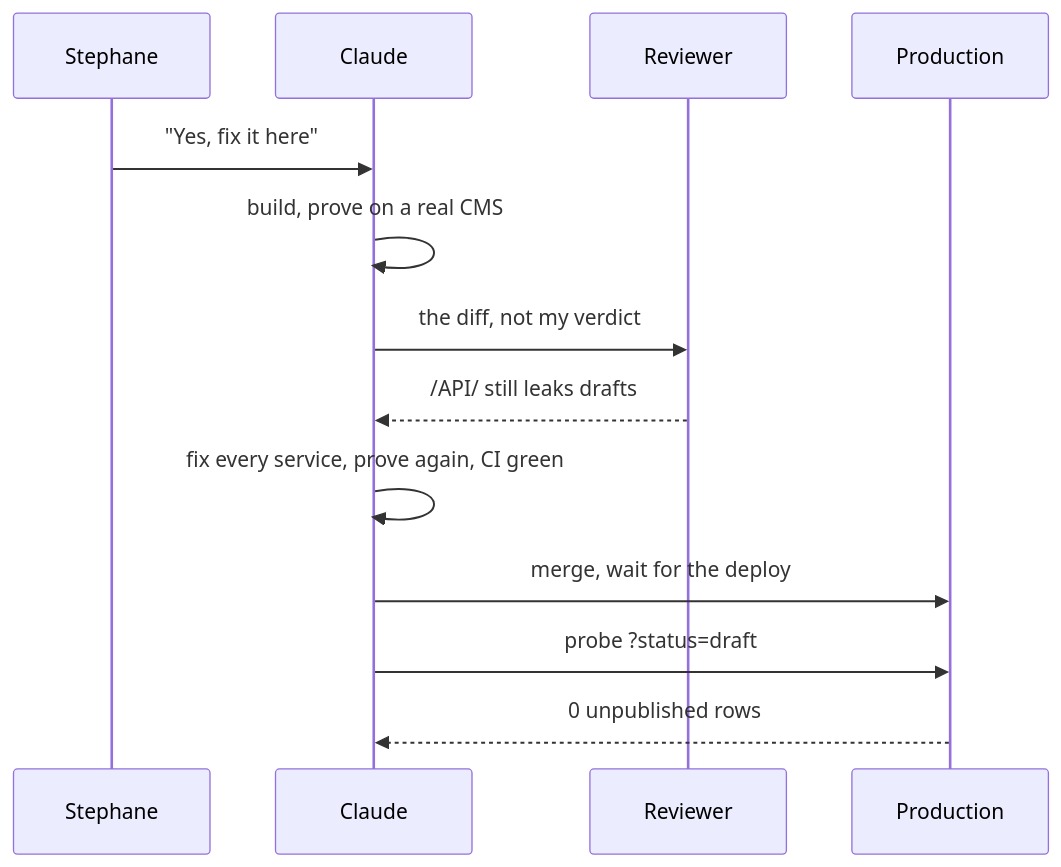
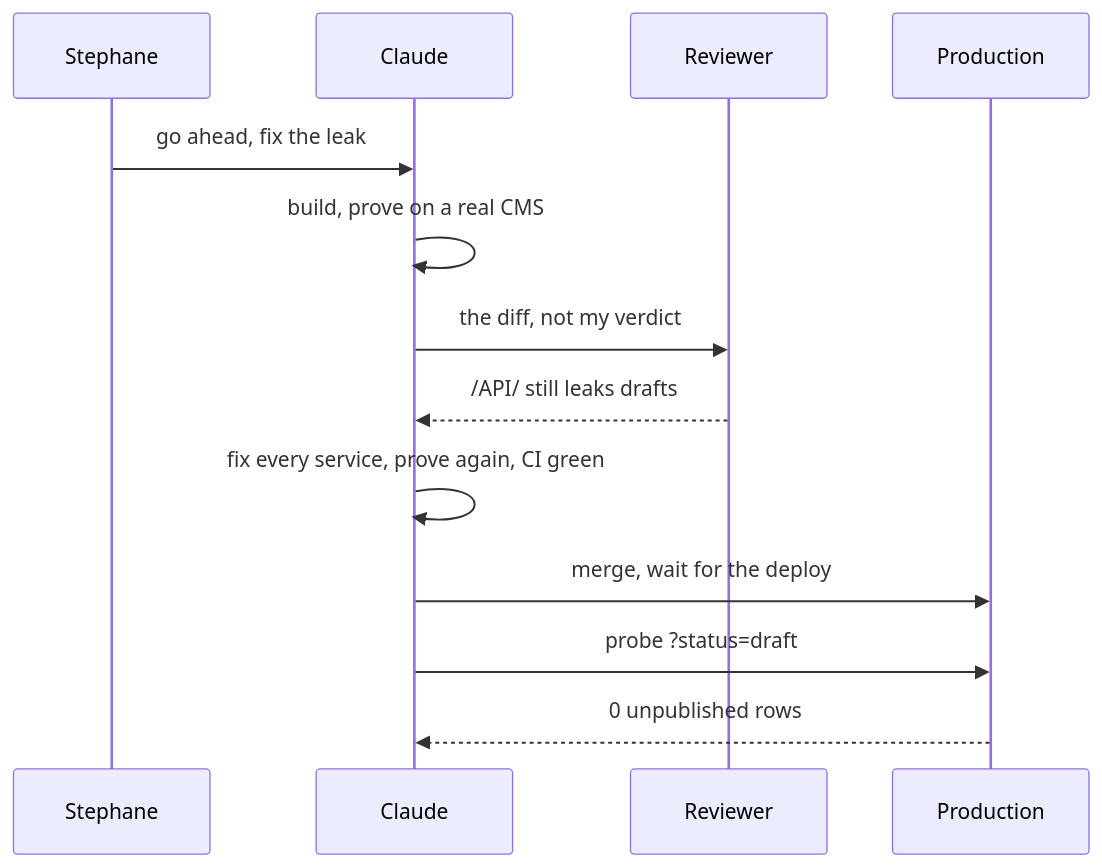
The third of 5 diagrams in apps/cms/src/bootstrap/articles/15-the-bot-who-asked-too-much.md (WhyThatFunction/ssegning-com), drawn with Mermaid before and after one commit. The commit also changed other lines of this file and 1 other file, not shown here.

````diff
--- a/apps/cms/src/bootstrap/articles/15-the-bot-who-asked-too-much.md
+++ b/apps/cms/src/bootstrap/articles/15-the-bot-who-asked-too-much.md
@@ -100,15 +101,15 @@
 ```mermaid
 sequenceDiagram
     participant S as Stephane
     participant C as Claude
     participant R as Reviewer
     participant P as Production
-    S->>C: "Yes, fix it here"
+    S->>C: go ahead, fix the leak
     C->>C: build, prove on a real CMS
     C->>R: the diff, not my verdict
     R-->>C: /API/ still leaks drafts
     C->>C: fix every service, prove again, CI green
     C->>P: merge, wait for the deploy
     C->>P: probe ?status=draft
     P-->>C: 0 unpublished rows
 ```
````
